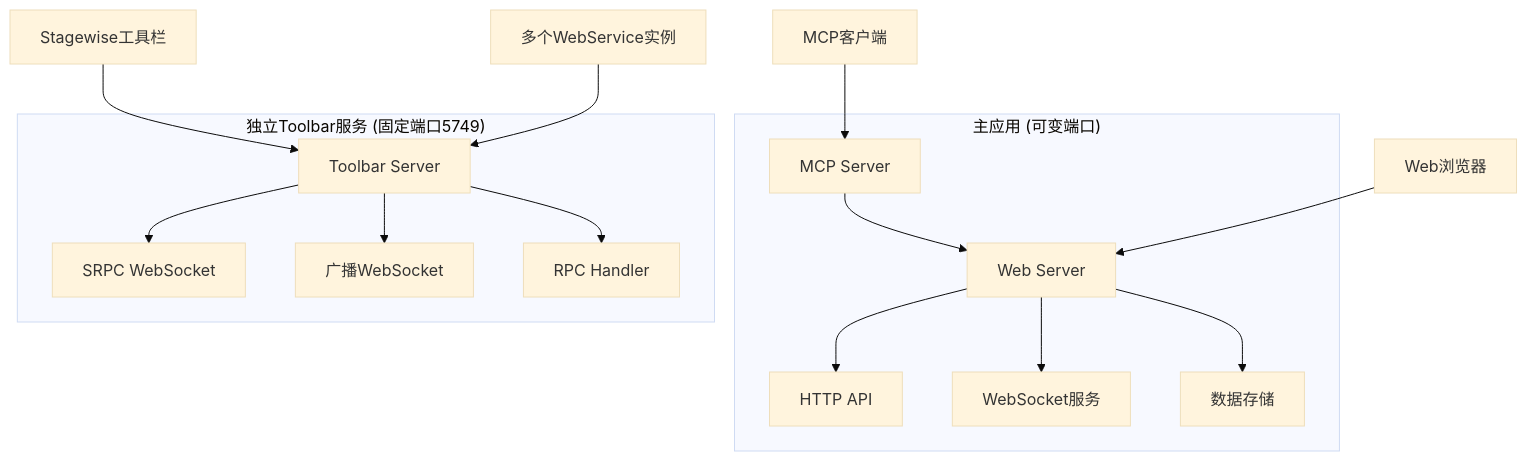
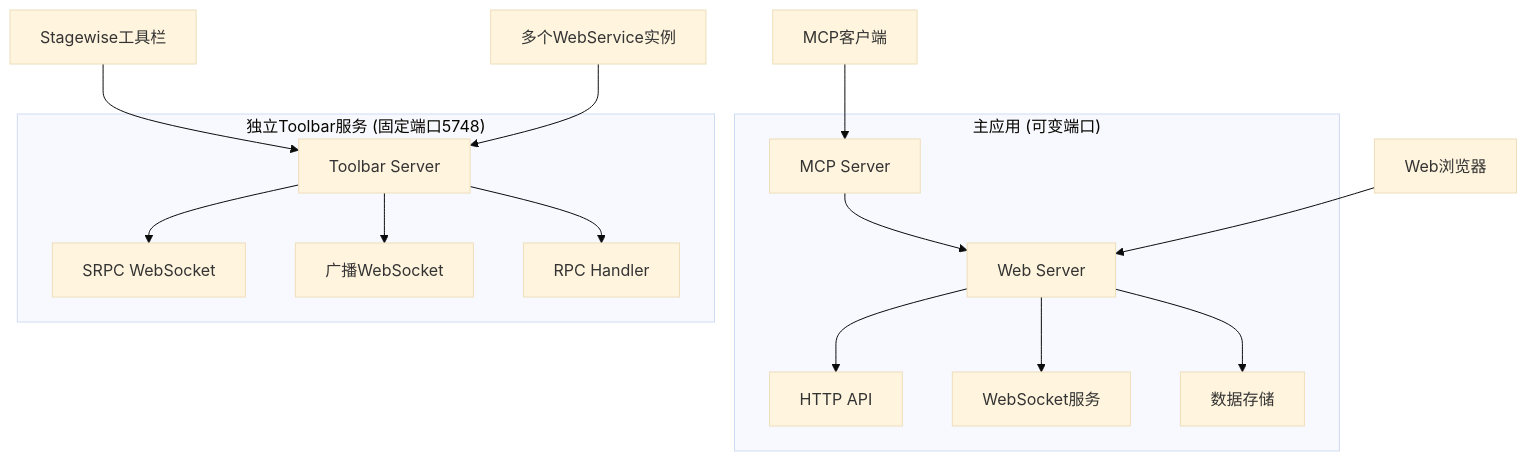
One commit to Songmengdi/mcp-feedback-collector changed the diagram in docs/模块层/后端模块/index.md. Above: the diagram before and after it, drawn with Mermaid (base theme). The commit also changed other lines of this file and 18 other files, not shown here.

````diff
--- a/docs/模块层/后端模块/index.md
+++ b/docs/模块层/后端模块/index.md
@@ -10,20 +10,20 @@
 ```mermaid
 graph TB
     subgraph "主应用 (可变端口)"
         A[MCP Server] --> B[Web Server]
         B --> C[HTTP API]
         B --> D[WebSocket服务]
         B --> E[数据存储]
     end
     
-    subgraph "独立Toolbar服务 (固定端口5749)"
+    subgraph "独立Toolbar服务 (固定端口5748)"
         F[Toolbar Server] --> G[SRPC WebSocket]
         F --> H[广播WebSocket]
         F --> I[RPC Handler]
     end
     
     J[MCP客户端] --> A
     K[Web浏览器] --> B
     L[Stagewise工具栏] --> F
     M[多个WebService实例] --> F
 ```
````
